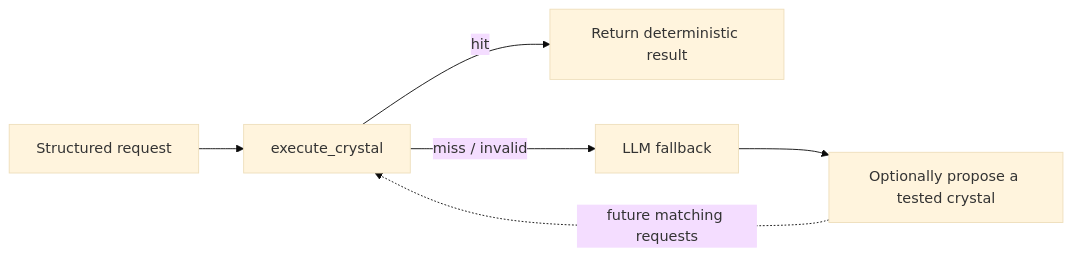
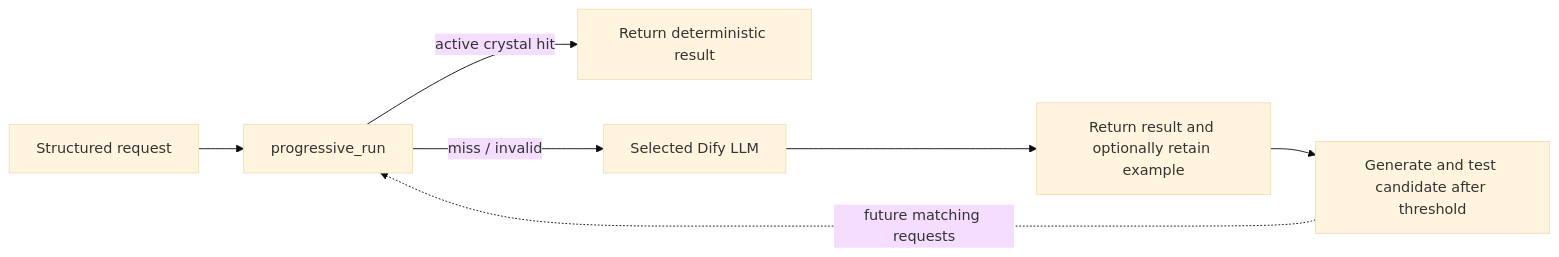
The diagram in README.md (BegovicBenjamin/Crystalflow-Dify), drawn with Mermaid (base theme) before and after one commit. The commit also changed other lines of this file and 15 other files, not shown here.

````diff
--- a/README.md
+++ b/README.md
@@ -20,8 +77,9 @@
 ```mermaid
 flowchart LR
-    A[Structured request] --> B[execute_crystal]
-    B -->|hit| C[Return deterministic result]
-    B -->|miss / invalid| D[LLM fallback]
-    D --> E[Optionally propose a tested crystal]
-    E -. future matching requests .-> B
+    A[Structured request] --> B[progressive_run]
+    B -->|active crystal hit| C[Return deterministic result]
+    B -->|miss / invalid| D[Selected Dify LLM]
+    D --> E[Return result and optionally retain example]
+    E --> F[Generate and test candidate after threshold]
+    F -. future matching requests .-> B
 ```
````
